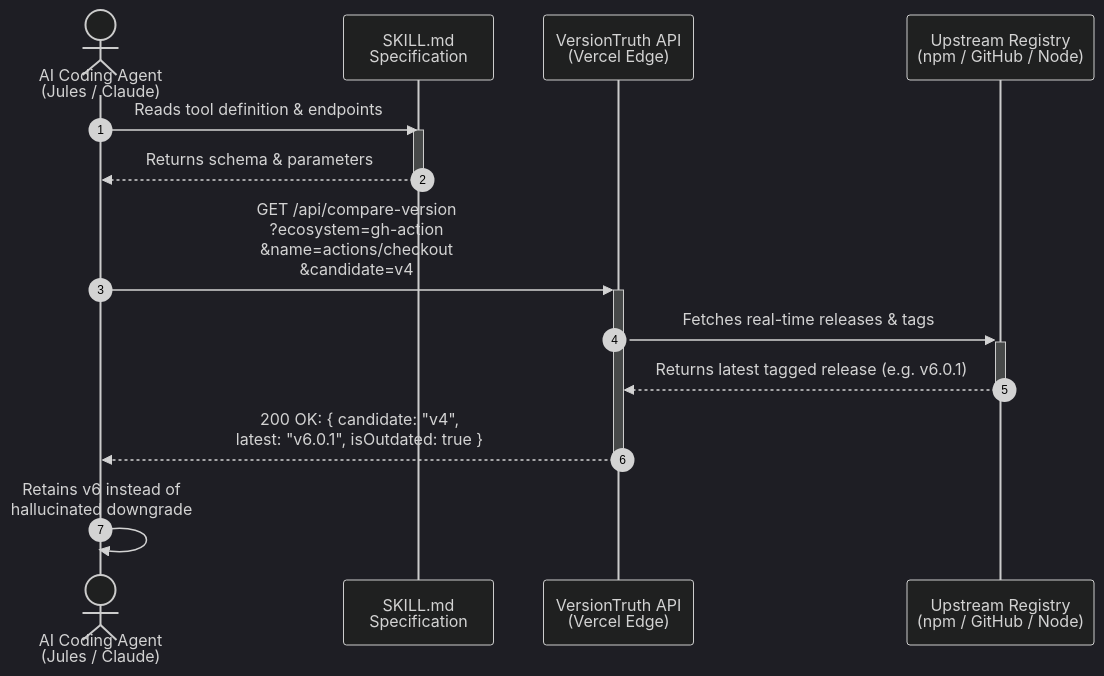
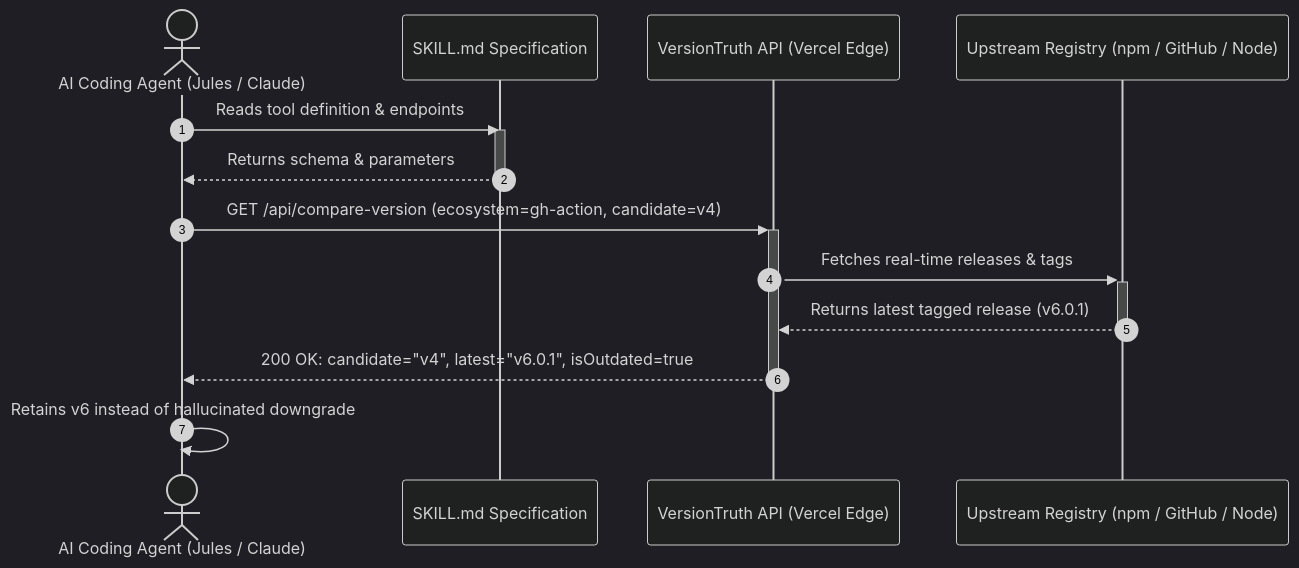
Before and after one commit to arii/portfolio: the diagram in src/content/research/versiontruth.md, drawn with Mermaid (dark theme). The commit also changed 5 other files, not shown here.

First line of the commit message:
Polish Mermaid diagrams across research articles

````diff
--- a/src/content/research/versiontruth.md
+++ b/src/content/research/versiontruth.md
@@ -65,23 +65,23 @@
 ```mermaid
 sequenceDiagram
     autonumber
 
-    actor Agent as AI Coding Agent<br/>(Jules / Claude)
-    participant Skill as SKILL.md<br/>Specification
-    participant API as VersionTruth API<br/>(Vercel Edge)
-    participant Reg as Upstream Registry<br/>(npm / GitHub / Node)
+    actor Agent as AI Coding Agent (Jules / Claude)
+    participant Skill as SKILL.md Specification
+    participant API as VersionTruth API (Vercel Edge)
+    participant Reg as Upstream Registry (npm / GitHub / Node)
 
     Agent->>Skill: Reads tool definition & endpoints
     activate Skill
     Skill-->>Agent: Returns schema & parameters
     deactivate Skill
 
-    Agent->>+API: GET /api/compare-version<br/>?ecosystem=gh-action<br/>&name=actions/checkout<br/>&candidate=v4
+    Agent->>+API: GET /api/compare-version (ecosystem=gh-action, candidate=v4)
 
     API->>+Reg: Fetches real-time releases & tags
-    Reg-->>-API: Returns latest tagged release (e.g. v6.0.1)
+    Reg-->>-API: Returns latest tagged release (v6.0.1)
 
-    API-->>-Agent: 200 OK: { candidate: "v4",<br/>latest: "v6.0.1", isOutdated: true }
+    API-->>-Agent: 200 OK: candidate="v4", latest="v6.0.1", isOutdated=true
 
-    Agent->>Agent: Retains v6 instead of<br/>hallucinated downgrade
+    Agent->>Agent: Retains v6 instead of hallucinated downgrade
 ```
````
